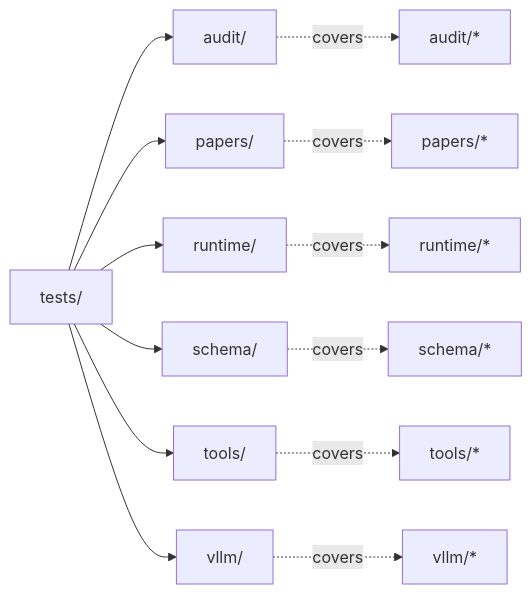
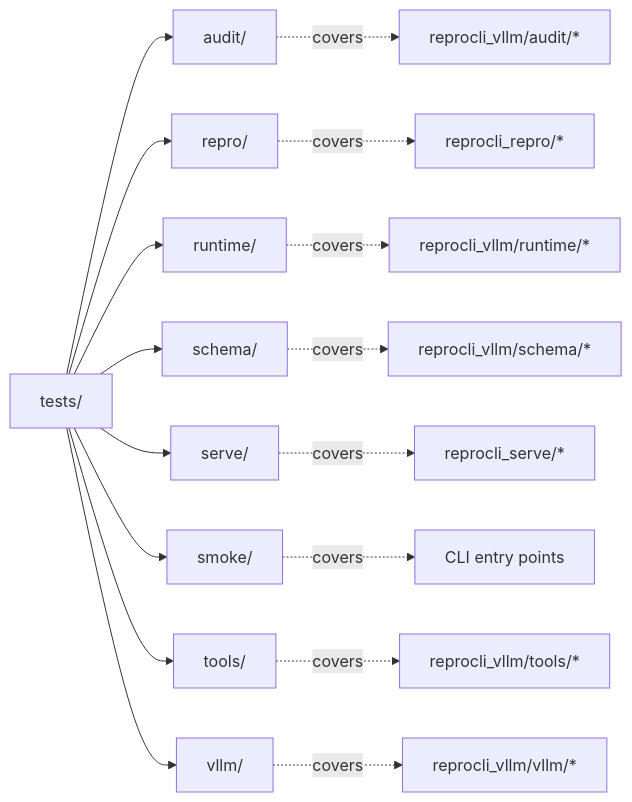
Before and after one commit to mithils3/reprocli: the diagram in docs/contributing/testing.md, drawn with Mermaid. The commit also changed other lines of this file and 14 other files, not shown here.

````diff
--- a/docs/contributing/testing.md
+++ b/docs/contributing/testing.md
@@ -34,15 +34,19 @@
 ```mermaid
 flowchart LR
   A[tests/] --> AU[audit/]
-  A --> PA[papers/]
+  A --> RE[repro/]
   A --> RT[runtime/]
   A --> SC[schema/]
+  A --> SE[serve/]
+  A --> SM[smoke/]
   A --> TO[tools/]
   A --> VL[vllm/]
-  AU -. covers .-> au[audit/*]
-  PA -. covers .-> pa[papers/*]
-  RT -. covers .-> rt[runtime/*]
-  SC -. covers .-> sc[schema/*]
-  TO -. covers .-> to[tools/*]
-  VL -. covers .-> vl[vllm/*]
+  AU -. covers .-> au["reprocli_vllm/audit/*"]
+  RE -. covers .-> re["reprocli_repro/*"]
+  RT -. covers .-> rt["reprocli_vllm/runtime/*"]
+  SC -. covers .-> sc["reprocli_vllm/schema/*"]
+  SE -. covers .-> se["reprocli_serve/*"]
+  SM -. covers .-> sm["CLI entry points"]
+  TO -. covers .-> to["reprocli_vllm/tools/*"]
+  VL -. covers .-> vl["reprocli_vllm/vllm/*"]
 ```
````
